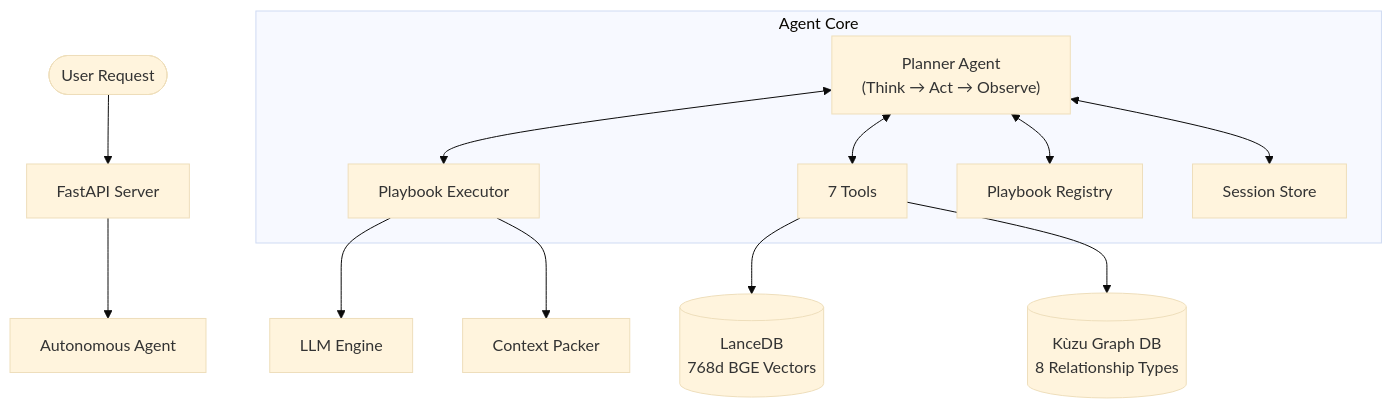
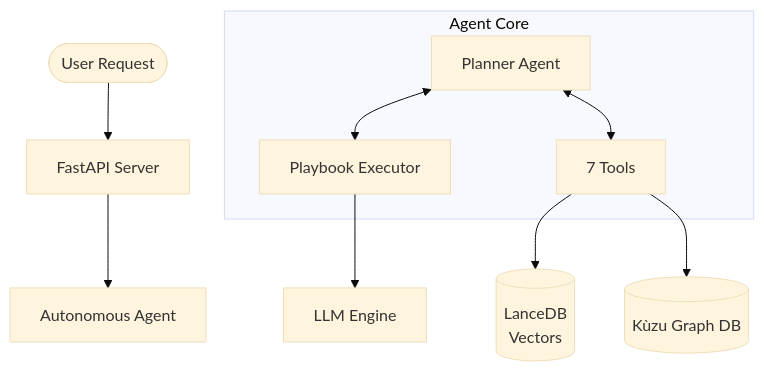
One commit to roshinpv1/cmind changed the diagram in README.md. Above: the diagram before and after it, drawn with Mermaid (base theme). The commit also changed other lines of this file and 49 other files, not shown here.

````diff
--- a/README.md
+++ b/README.md
@@ -391,18 +121,15 @@
 ```mermaid
 graph TD
     User([User Request]) --> API[FastAPI Server]
     API --> Agent[Autonomous Agent]
     
     subgraph "Agent Core"
-        Planner["Planner Agent<br/>(Think → Act → Observe)"] <--> Executor[Playbook Executor]
+        Planner["Planner Agent"] <--> Executor[Playbook Executor]
         Planner <--> Tools["7 Tools"]
-        Planner <--> Registry[Playbook Registry]
-        Planner <--> Memory[Session Store]
     end
     
-    Tools --> LanceDB[("LanceDB<br/>768d BGE Vectors")]
-    Tools --> Kuzu[("Kùzu Graph DB<br/>8 Relationship Types")]
+    Tools --> LanceDB[("LanceDB<br/>Vectors")]
+    Tools --> Kuzu[("Kùzu Graph DB")]
     
     Executor --> LLM[LLM Engine]
-    Executor --> Packer[Context Packer]
 ```
````
